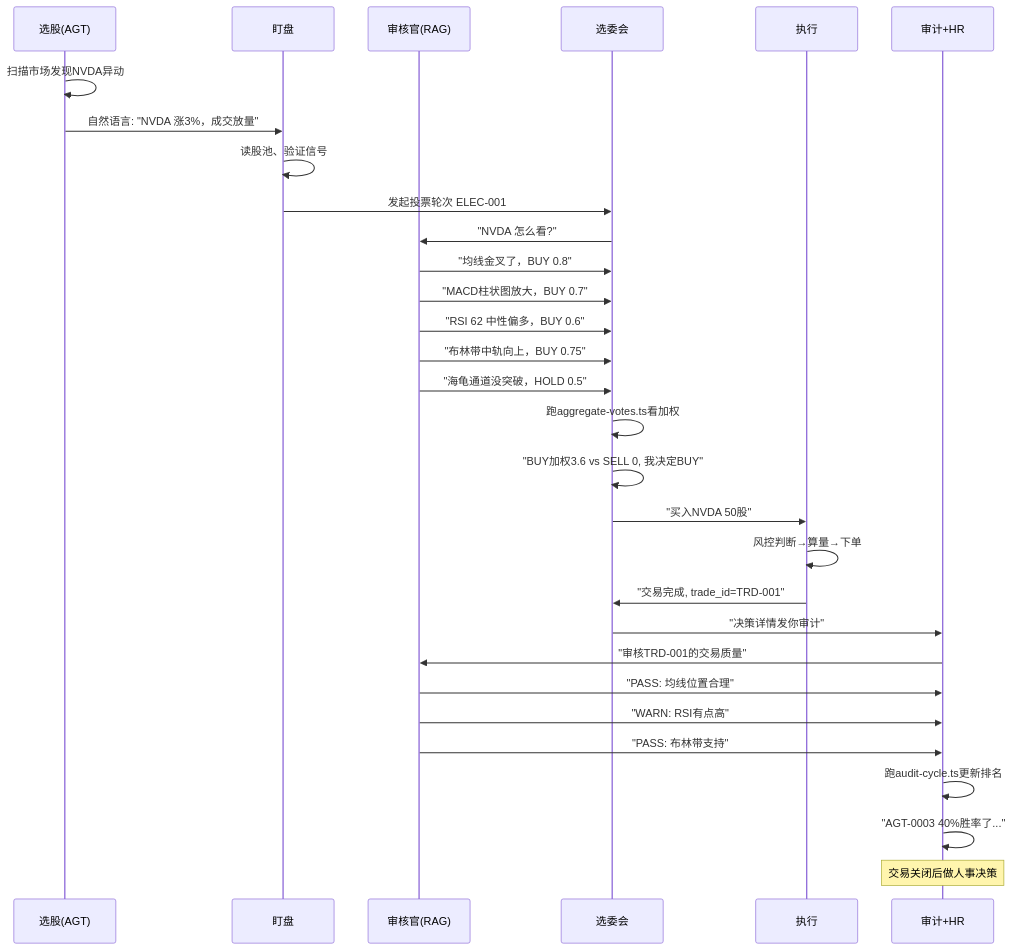
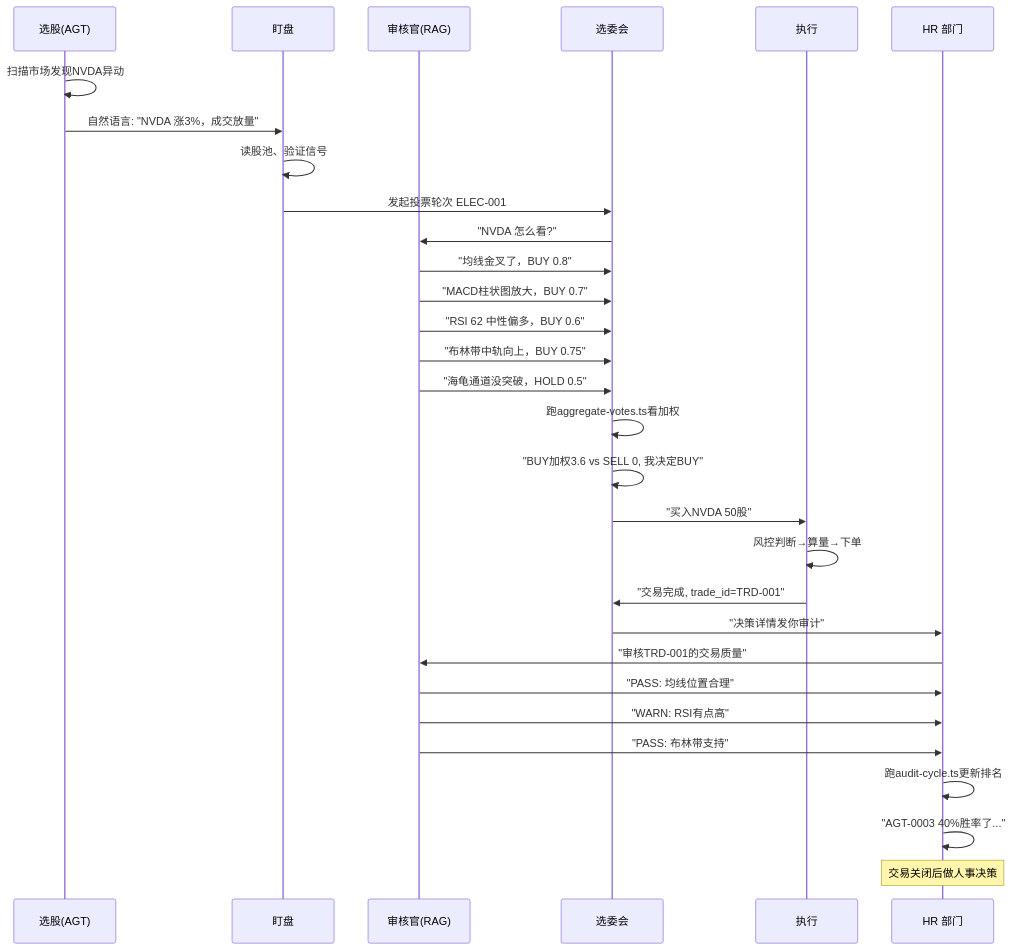
One commit to fantian007/hermes-trading-system changed the sixth of 6 diagrams in docs/architecture.md. Above: the diagram before and after it, drawn with Mermaid. The commit also changed other lines of this file and 11 other files, not shown here.

````diff
--- a/docs/architecture.md
+++ b/docs/architecture.md
@@ -411,33 +455,33 @@
 ```mermaid
 sequenceDiagram
     participant S as 选股(AGT)
     participant W as 盯盘
     participant R as 审核官(RAG)
     participant EC as 选委会
     participant EX as 执行
-    participant A as 审计+HR
+    participant A as HR 部门
 
     S->>S: 扫描市场发现NVDA异动
     S->>W: 自然语言: "NVDA 涨3%，成交放量"
     W->>W: 读股池、验证信号
     W->>EC: 发起投票轮次 ELEC-001
     EC->>R: "NVDA 怎么看?"
     R->>EC: "均线金叉了，BUY 0.8"
     R->>EC: "MACD柱状图放大，BUY 0.7"
     R->>EC: "RSI 62 中性偏多，BUY 0.6"
     R->>EC: "布林带中轨向上，BUY 0.75"
     R->>EC: "海龟通道没突破，HOLD 0.5"
     EC->>EC: 跑aggregate-votes.ts看加权
     EC->>EC: "BUY加权3.6 vs SELL 0, 我决定BUY"
     EC->>EX: "买入NVDA 50股"
     EX->>EX: 风控判断→算量→下单
     EX->>EC: "交易完成, trade_id=TRD-001"
     EC->>A: "决策详情发你审计"
     A->>R: "审核TRD-001的交易质量"
     R->>A: "PASS: 均线位置合理"
     R->>A: "WARN: RSI有点高"
     R->>A: "PASS: 布林带支持"
     A->>A: 跑audit-cycle.ts更新排名
     A->>A: "AGT-0003 40%胜率了..."
     Note over A: 交易关闭后做人事决策
 ```
````
